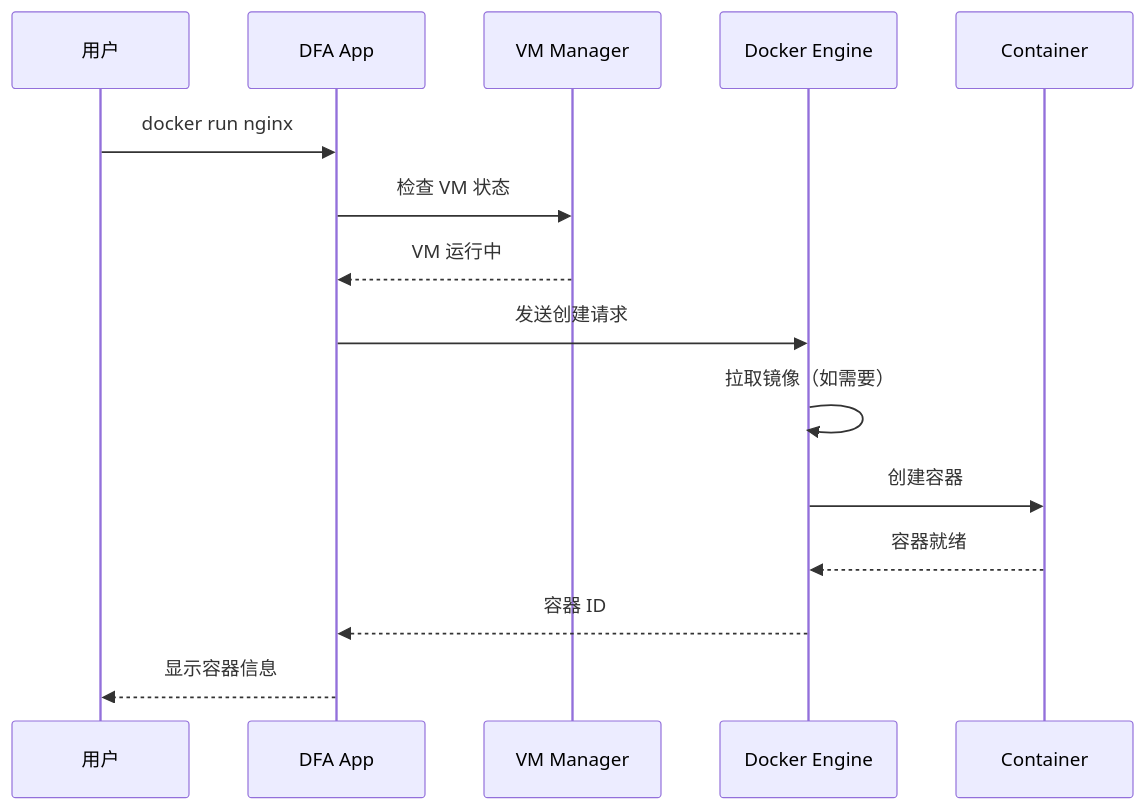
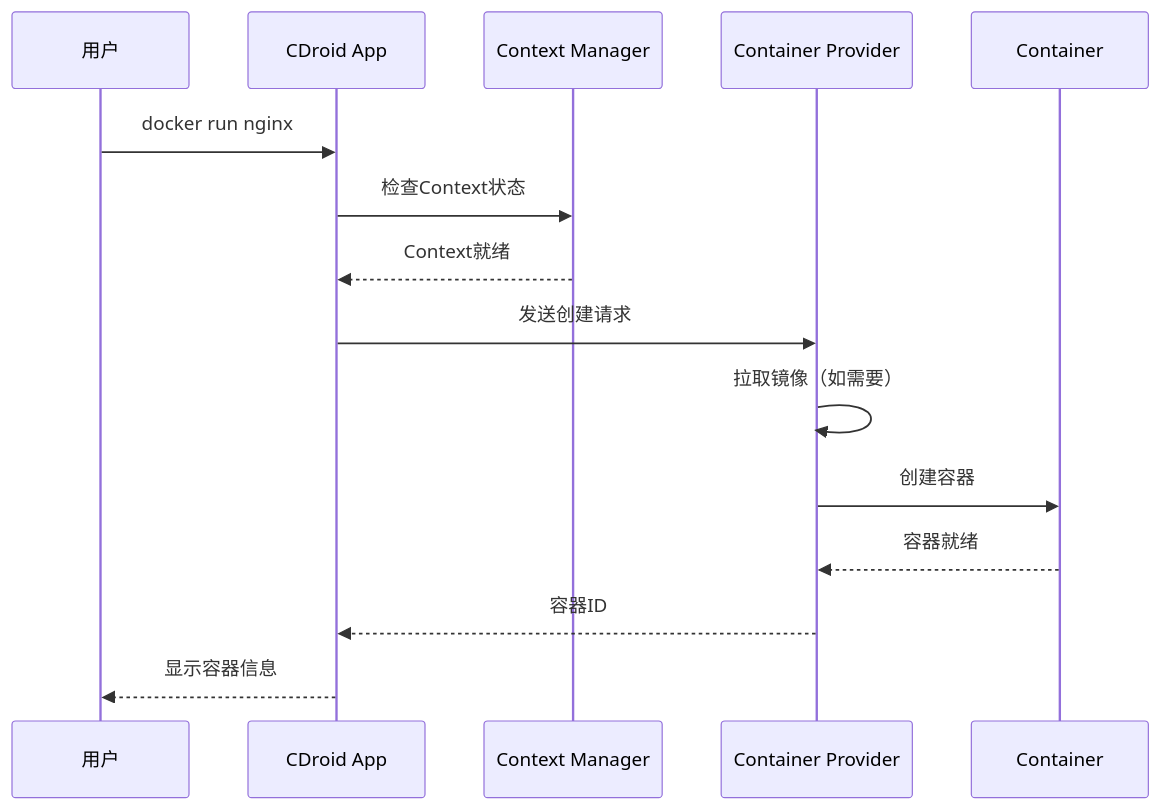
Before and after one commit to LineCatOvO/DFA: the sixth of 10 diagrams in docs/ARCHITECTURE.md, drawn with Mermaid. The commit also changed other lines of this file and 25 other files, not shown here.

````diff
--- a/docs/ARCHITECTURE.md
+++ b/docs/ARCHITECTURE.md
@@ -273,18 +213,18 @@
 ```mermaid
 sequenceDiagram
     participant User as 用户
-    participant App as DFA App
-    participant VM as VM Manager
-    participant Docker as Docker Engine
+    participant App as CDroid App
+    participant CM as Context Manager
+    participant Provider as Container Provider
     participant Container as Container
     
     User->>App: docker run nginx
-    App->>VM: 检查 VM 状态
-    VM-->>App: VM 运行中
-    App->>Docker: 发送创建请求
-    Docker->>Docker: 拉取镜像（如需要）
-    Docker->>Container: 创建容器
-    Container-->>Docker: 容器就绪
-    Docker-->>App: 容器 ID
+    App->>CM: 检查Context状态
+    CM-->>App: Context就绪
+    App->>Provider: 发送创建请求
+    Provider->>Provider: 拉取镜像（如需要）
+    Provider->>Container: 创建容器
+    Container-->>Provider: 容器就绪
+    Provider-->>App: 容器ID
     App-->>User: 显示容器信息
 ```
````
